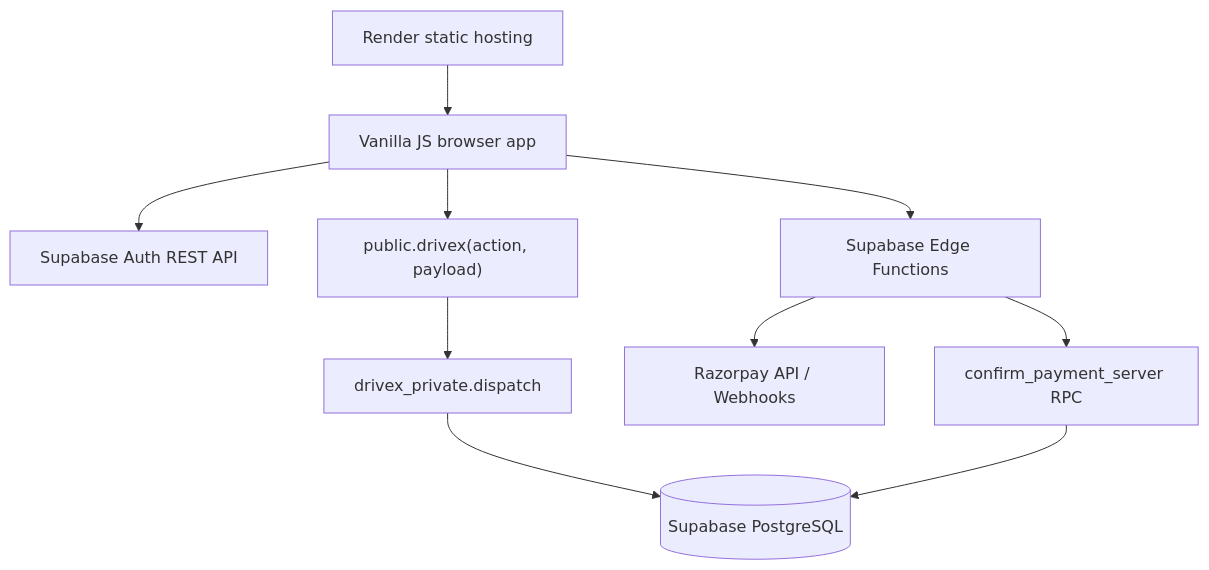
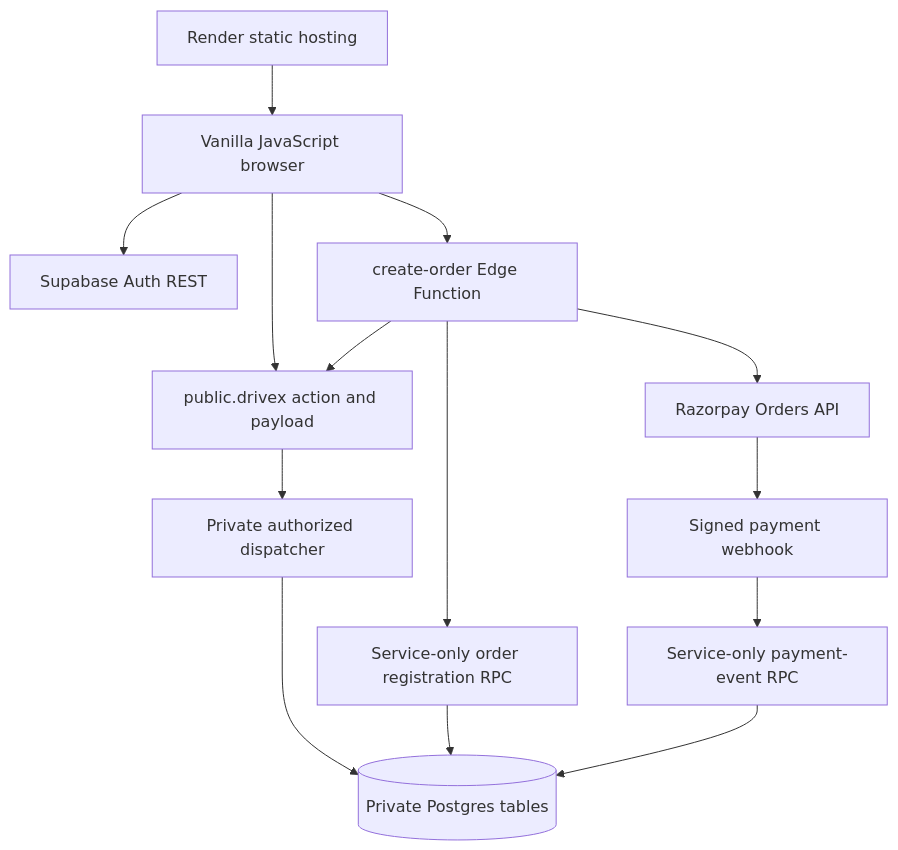
The diagram in MASTER.md (ANTOJERRIN/DriveX), drawn with Mermaid before and after one commit. The commit also changed other lines of this file and 4 other files, not shown here.

````diff
--- a/MASTER.md
+++ b/MASTER.md
@@ -31,12 +7,16 @@
 ```mermaid
 flowchart TD
-    Browser["Vanilla JS browser app"] --> Auth["Supabase Auth REST API"]
-    Browser --> RPC["public.drivex(action, payload)"]
-    RPC --> Dispatcher["drivex_private.dispatch"]
-    Dispatcher --> DB[("Supabase PostgreSQL")]
-    Browser --> Edge["Supabase Edge Functions"]
-    Edge --> Razorpay["Razorpay API / Webhooks"]
-    Edge --> ServerRPC["confirm_payment_server RPC"]
-    ServerRPC --> DB
-    Render["Render static hosting"] --> Browser
+  UI[Vanilla JavaScript browser] --> Auth[Supabase Auth REST]
+  UI --> RPC[public.drivex action and payload]
+  RPC --> Dispatcher[Private authorized dispatcher]
+  Dispatcher --> DB[(Private Postgres tables)]
+  UI --> Create[create-order Edge Function]
+  Create --> RPC
+  Create --> Razorpay[Razorpay Orders API]
+  Create --> Bind[Service-only order registration RPC]
+  Bind --> DB
+  Razorpay --> Hook[Signed payment webhook]
+  Hook --> Reconcile[Service-only payment-event RPC]
+  Reconcile --> DB
+  Render[Render static hosting] --> UI
 ```
````
